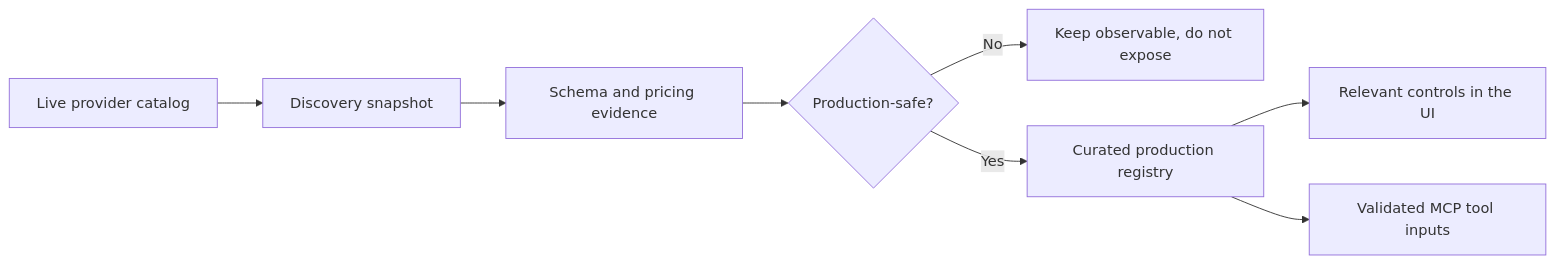
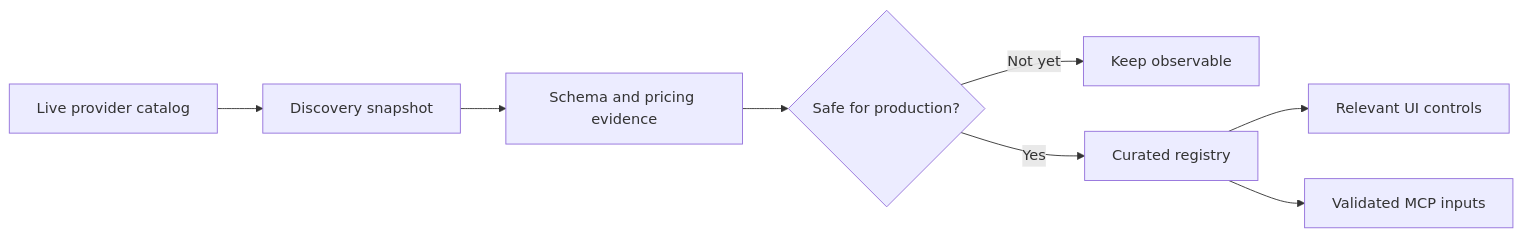
Before and after one commit to AIONEpreneur/kreativstudio: the fourth of 6 diagrams in README.md, drawn with Mermaid. The commit also changed other lines of this file and 2 other files, not shown here.

````diff
--- a/README.md
+++ b/README.md
@@ -198,10 +204,10 @@
 ```mermaid
 flowchart LR
     Catalog["Live provider catalog"] --> Discover["Discovery snapshot"]
     Discover --> Evidence["Schema and pricing evidence"]
-    Evidence --> Review{"Production-safe?"}
-    Review -->|No| Observe["Keep observable, do not expose"]
-    Review -->|Yes| Registry["Curated production registry"]
-    Registry --> UI["Relevant controls in the UI"]
-    Registry --> MCP["Validated MCP tool inputs"]
+    Evidence --> Review{"Safe for production?"}
+    Review -->|Not yet| Observe["Keep observable"]
+    Review -->|Yes| Registry["Curated registry"]
+    Registry --> UI["Relevant UI controls"]
+    Registry --> MCP["Validated MCP inputs"]
 ```
````
